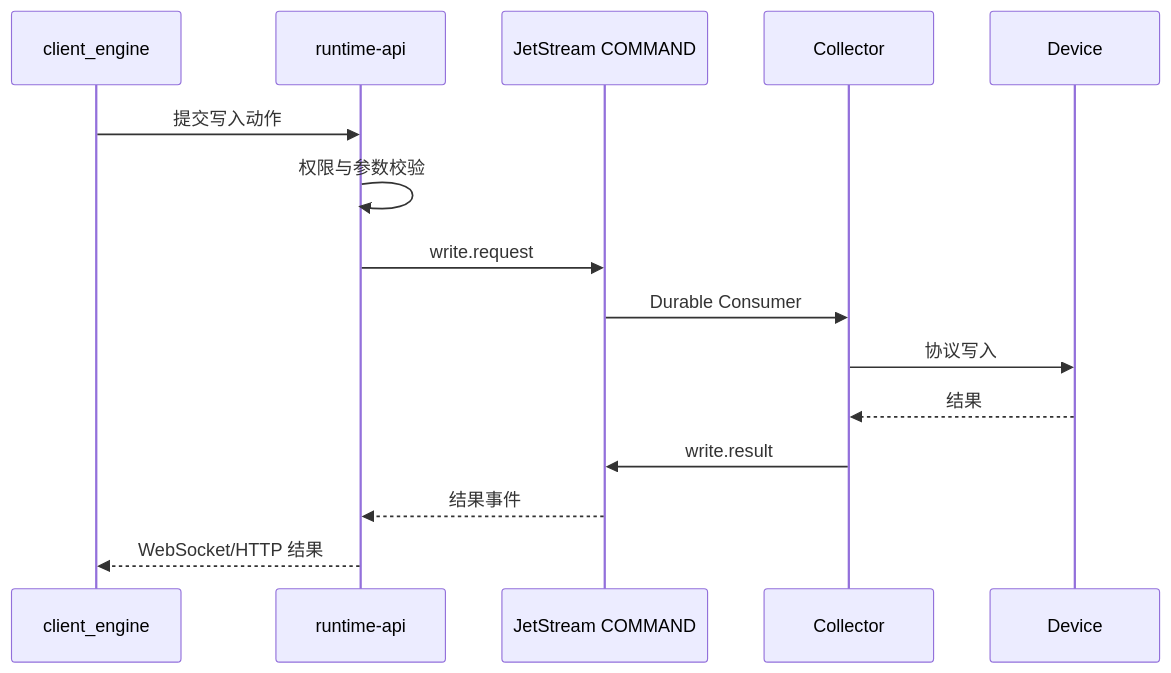
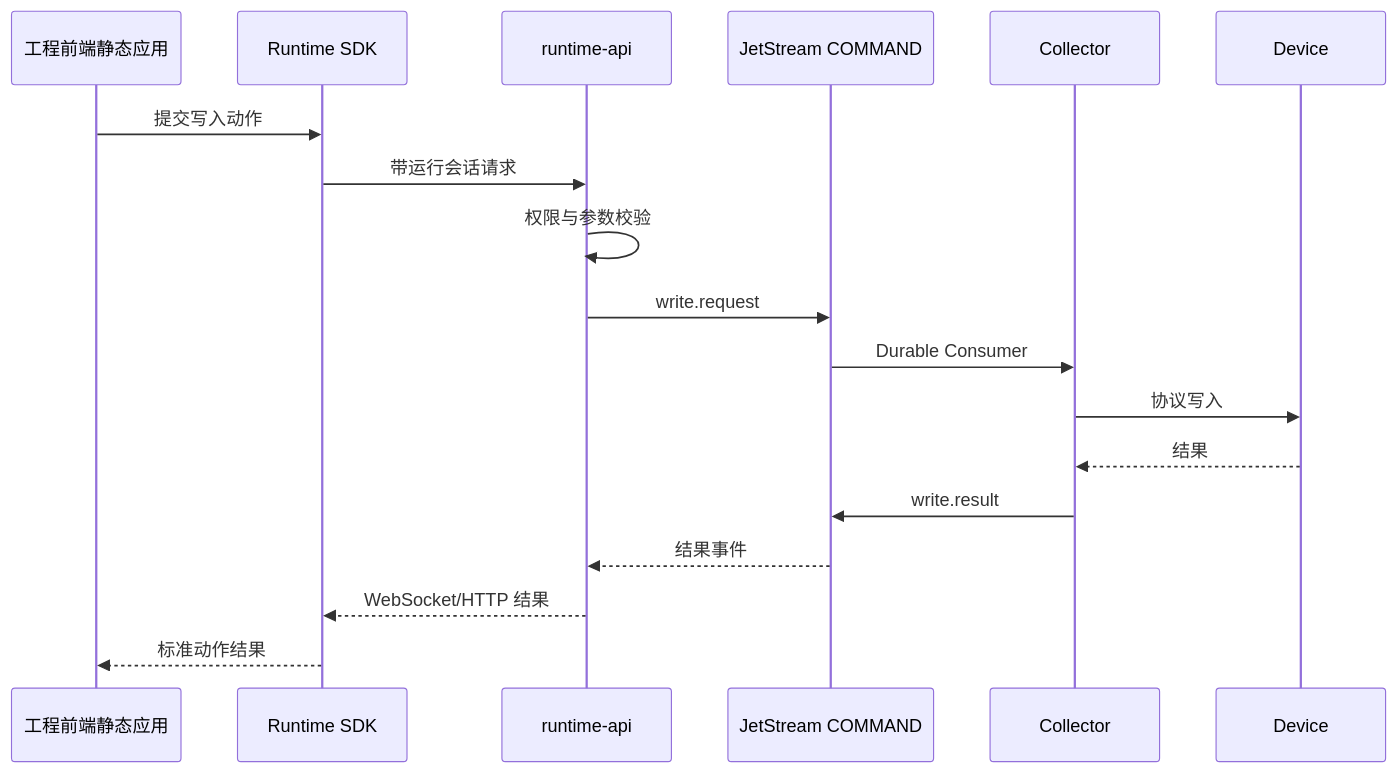
The diagram in docs/02-系统设计/工程运行微服务设计.md (hsworld-top/InduForge), drawn with Mermaid before and after one commit. The commit also changed other lines of this file and 110 other files, not shown here.

````diff
--- a/docs/02-系统设计/工程运行微服务设计.md
+++ b/docs/02-系统设计/工程运行微服务设计.md
@@ -82,17 +51,20 @@
 ```mermaid
 sequenceDiagram
-    participant UI as client_engine
+    participant UI as 工程前端静态应用
+    participant SDK as Runtime SDK
     participant API as runtime-api
     participant JS as JetStream COMMAND
     participant C as Collector
     participant D as Device
-    UI->>API: 提交写入动作
+    UI->>SDK: 提交写入动作
+    SDK->>API: 带运行会话请求
     API->>API: 权限与参数校验
     API->>JS: write.request
     JS->>C: Durable Consumer
     C->>D: 协议写入
     D-->>C: 结果
     C->>JS: write.result
     JS-->>API: 结果事件
-    API-->>UI: WebSocket/HTTP 结果
+    API-->>SDK: WebSocket/HTTP 结果
+    SDK-->>UI: 标准动作结果
 ```
````
